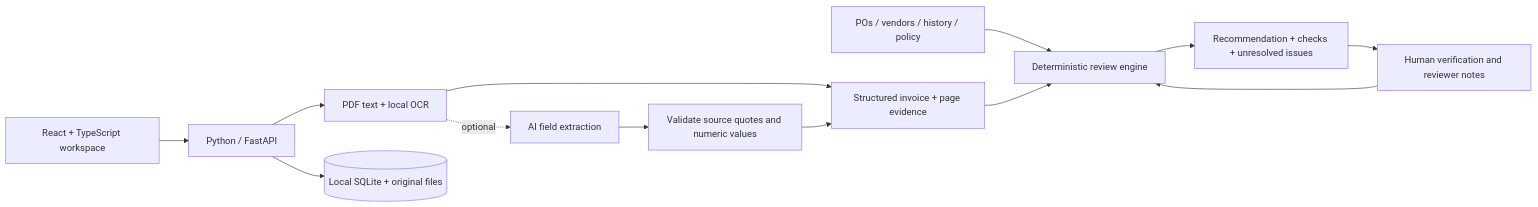
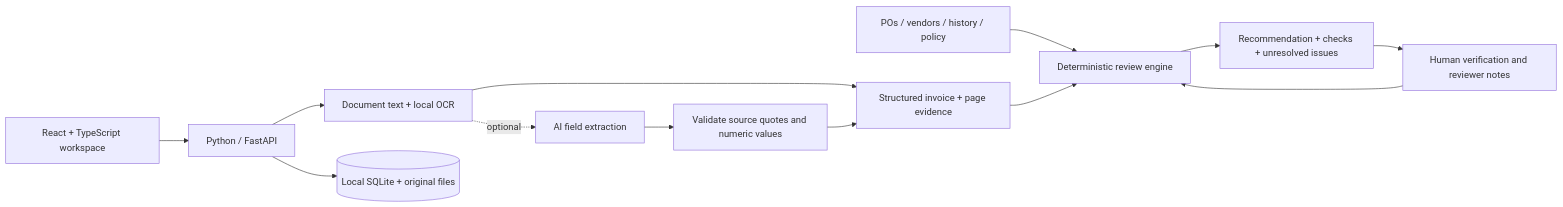
One commit to sudharsan319/tresata-invoice-review changed the diagram in README.md. Above: the diagram before and after it, drawn with Mermaid. The commit also changed other lines of this file and 11 other files, not shown here.

````diff
--- a/README.md
+++ b/README.md
@@ -195,15 +195,15 @@
 ```mermaid
 flowchart LR
   UI[React + TypeScript workspace] --> API[Python / FastAPI]
-  API --> PDF[PDF text + local OCR]
-  PDF -. optional .-> AI[AI field extraction]
-  PDF --> Facts[Structured invoice + page evidence]
+  API --> Read[Document text + local OCR]
+  Read -. optional .-> AI[AI field extraction]
+  Read --> Facts[Structured invoice + page evidence]
   AI --> Ground[Validate source quotes and numeric values]
   Ground --> Facts
   Refs[POs / vendors / history / policy] --> Rules[Deterministic review engine]
   Facts --> Rules
   Rules --> Result[Recommendation + checks + unresolved issues]
   Result --> Human[Human verification and reviewer notes]
   Human --> Rules
   API --> DB[(Local SQLite + original files)]
 ```
````
